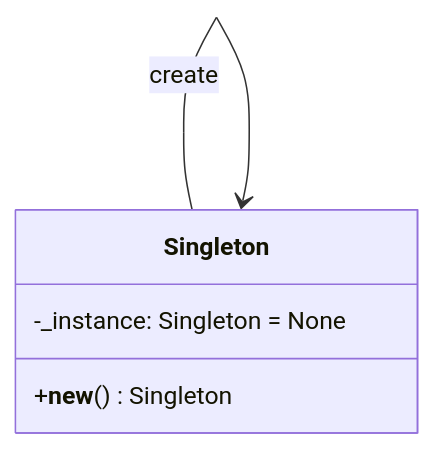
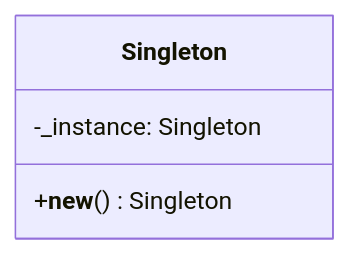
Before and after one commit to tiaz0128/design-pattern-in-python: the diagram in src/singleton/new/UML.md, drawn with Mermaid. The commit also changed 9 other files, not shown here.

````diff
--- a/src/singleton/new/UML.md
+++ b/src/singleton/new/UML.md
@@ -3,12 +3,10 @@
 ```mermaid
 classDiagram
     direction BT
 
     class Singleton{
-        -_instance: Singleton = None
+        -_instance: Singleton
 
         +__new__() Singleton
     }
-
-    Singleton --> Singleton : create
 ```
````
